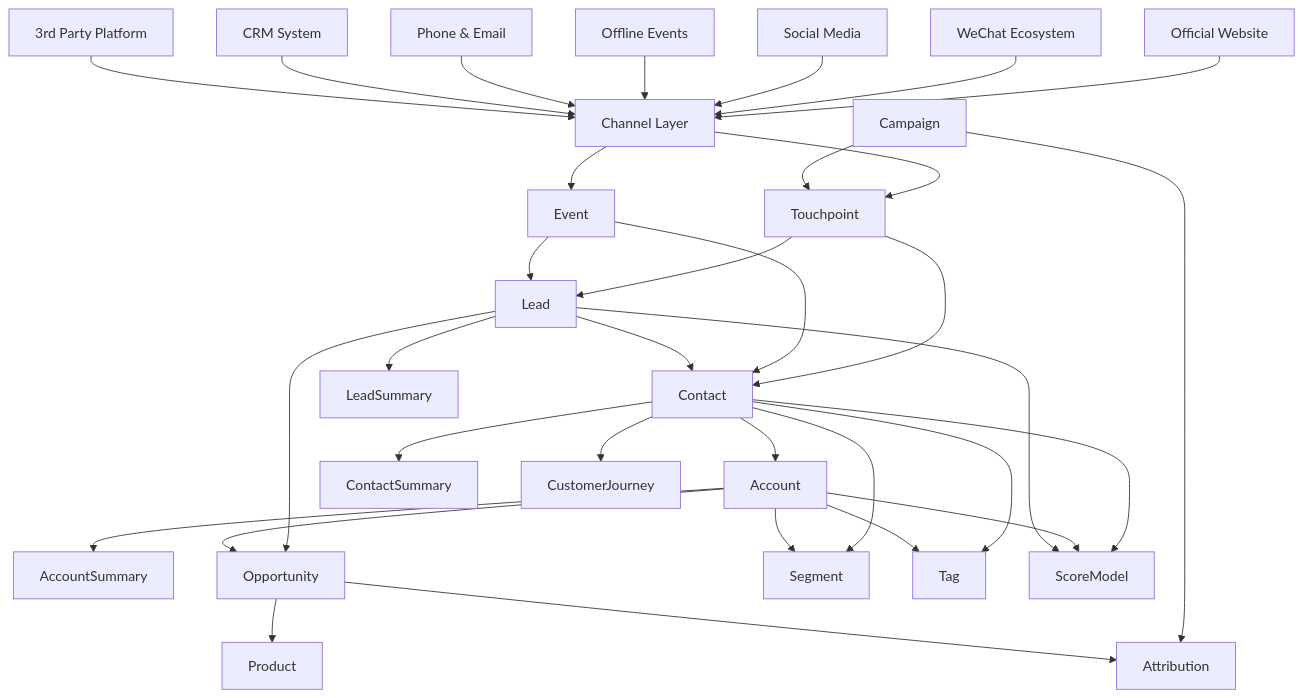
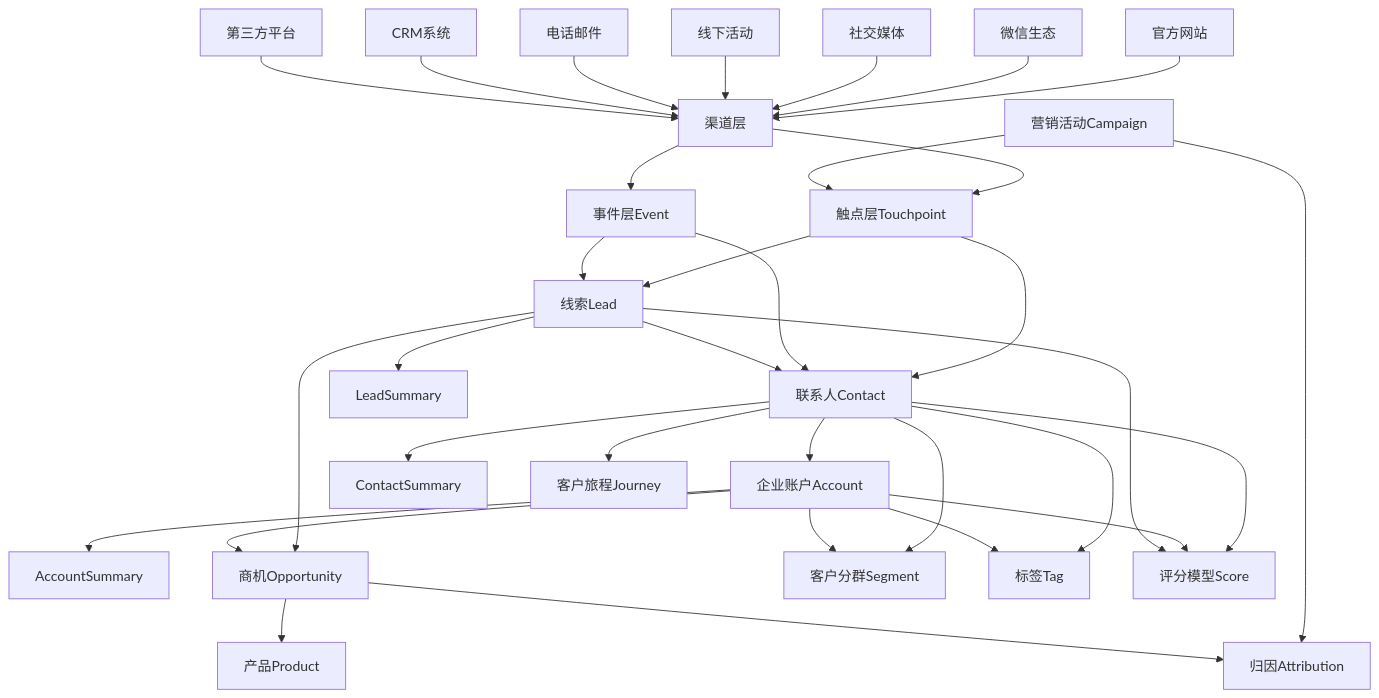
One commit to 312268112/advanced-java changed the first of 25 diagrams in docs/b2b-cdp-entity-design.md. Above: the diagram before and after it, drawn with Mermaid. The commit also changed other lines of this file, not shown here.

````diff
--- a/docs/b2b-cdp-entity-design.md
+++ b/docs/b2b-cdp-entity-design.md
@@ -16,41 +16,41 @@
 ```mermaid
 graph TB
-    DS1[Official Website] --> CH[Channel Layer]
-    DS2[WeChat Ecosystem] --> CH
-    DS3[Social Media] --> CH
-    DS4[Offline Events] --> CH
-    DS5[Phone & Email] --> CH
-    DS6[CRM System] --> CH
-    DS7[3rd Party Platform] --> CH
+    DS1[官方网站] --> CH[渠道层]
+    DS2[微信生态] --> CH
+    DS3[社交媒体] --> CH
+    DS4[线下活动] --> CH
+    DS5[电话邮件] --> CH
+    DS6[CRM系统] --> CH
+    DS7[第三方平台] --> CH
     
-    CH --> TP[Touchpoint]
-    CH --> EV[Event]
-    CM[Campaign] --> TP
+    CH --> TP[触点层Touchpoint]
+    CH --> EV[事件层Event]
+    CM[营销活动Campaign] --> TP
     
-    TP --> CT[Contact]
-    TP --> LD[Lead]
+    TP --> CT[联系人Contact]
+    TP --> LD[线索Lead]
     EV --> CT
     EV --> LD
     
-    CT --> AC[Account]
+    CT --> AC[企业账户Account]
     LD --> CT
     
     CT --> CTS[ContactSummary]
     LD --> LDS[LeadSummary]
     AC --> ACS[AccountSummary]
     
-    LD --> OP[Opportunity]
+    LD --> OP[商机Opportunity]
     AC --> OP
-    OP --> PR[Product]
+    OP --> PR[产品Product]
     
-    CT --> SG[Segment]
+    CT --> SG[客户分群Segment]
     AC --> SG
-    CT --> TG[Tag]
+    CT --> TG[标签Tag]
     AC --> TG
-    CT --> SC[ScoreModel]
+    CT --> SC[评分模型Score]
     AC --> SC
     LD --> SC
-    CT --> JN[CustomerJourney]
-    CM --> AT[Attribution]
+    CT --> JN[客户旅程Journey]
+    CM --> AT[归因Attribution]
     OP --> AT
 ```
````
